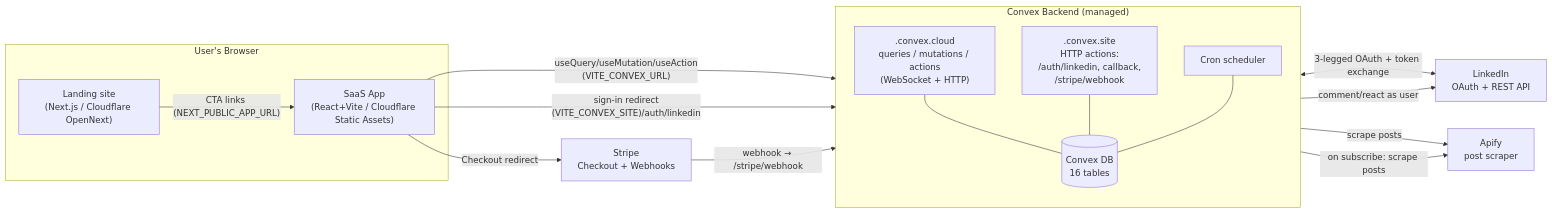
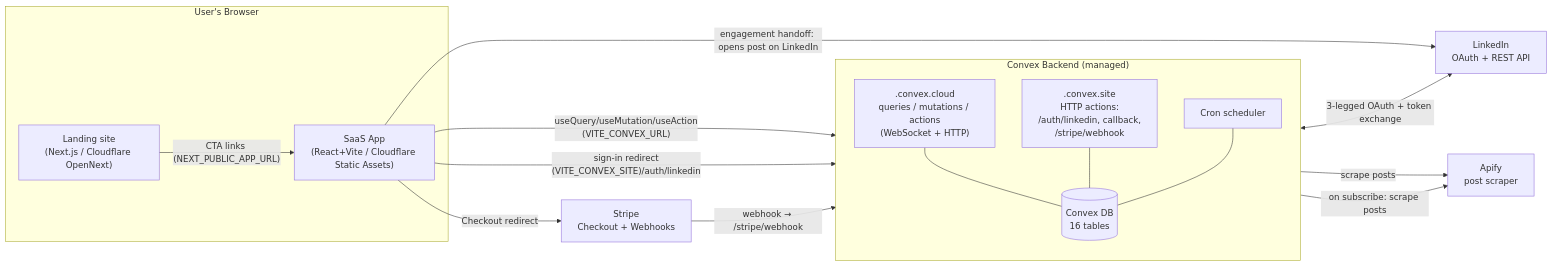
Before and after one commit to henriko202/glowing-octo-guide: the first of 21 diagrams in docs/PLATFORM.md, drawn with Mermaid. The commit also changed other lines of this file and 24 other files, not shown here.

````diff
--- a/docs/PLATFORM.md
+++ b/docs/PLATFORM.md
@@ -122,32 +121,32 @@
 ```mermaid
 flowchart LR
   subgraph Client["User's Browser"]
     Landing["Landing site<br/>(Next.js / Cloudflare OpenNext)"]
     App["SaaS App<br/>(React+Vite / Cloudflare Static Assets)"]
   end
 
   subgraph Convex["Convex Backend (managed)"]
     direction TB
     Cloud[".convex.cloud<br/>queries / mutations / actions<br/>(WebSocket + HTTP)"]
     Site[".convex.site<br/>HTTP actions:<br/>/auth/linkedin, callback,<br/>/stripe/webhook"]
     DB[("Convex DB<br/>16 tables")]
     Crons["Cron scheduler"]
     Cloud --- DB
     Site --- DB
     Crons --- DB
   end
 
   LinkedIn["LinkedIn<br/>OAuth + REST API"]
   Stripe["Stripe<br/>Checkout + Webhooks"]
   Apify["Apify<br/>post scraper"]
 
   Landing -- "CTA links (NEXT_PUBLIC_APP_URL)" --> App
   App -- "useQuery/useMutation/useAction<br/>(VITE_CONVEX_URL)" --> Cloud
   App -- "sign-in redirect<br/>(VITE_CONVEX_SITE)/auth/linkedin" --> Site
   Site <-- "3-legged OAuth + token exchange" --> LinkedIn
-  Cloud -- "comment/react as user" --> LinkedIn
+  App -- "engagement handoff: opens post on LinkedIn" --> LinkedIn
   App -- "Checkout redirect" --> Stripe
   Stripe -- "webhook → /stripe/webhook" --> Site
   Crons -- "scrape posts" --> Apify
   Cloud -- "on subscribe: scrape posts" --> Apify
 ```
````
